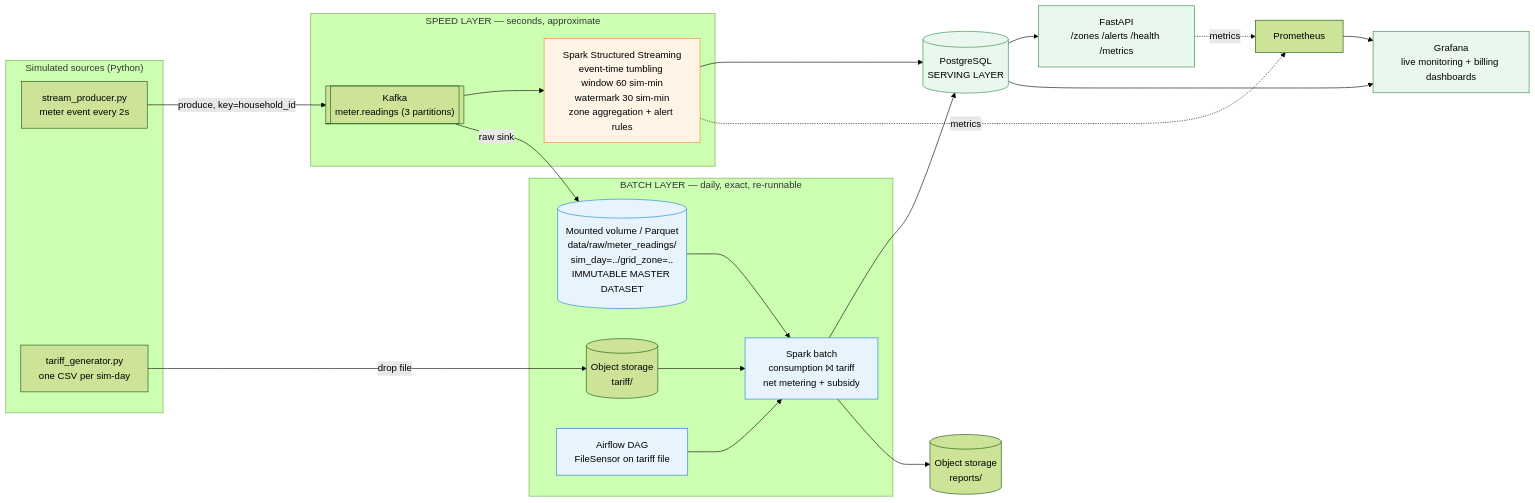
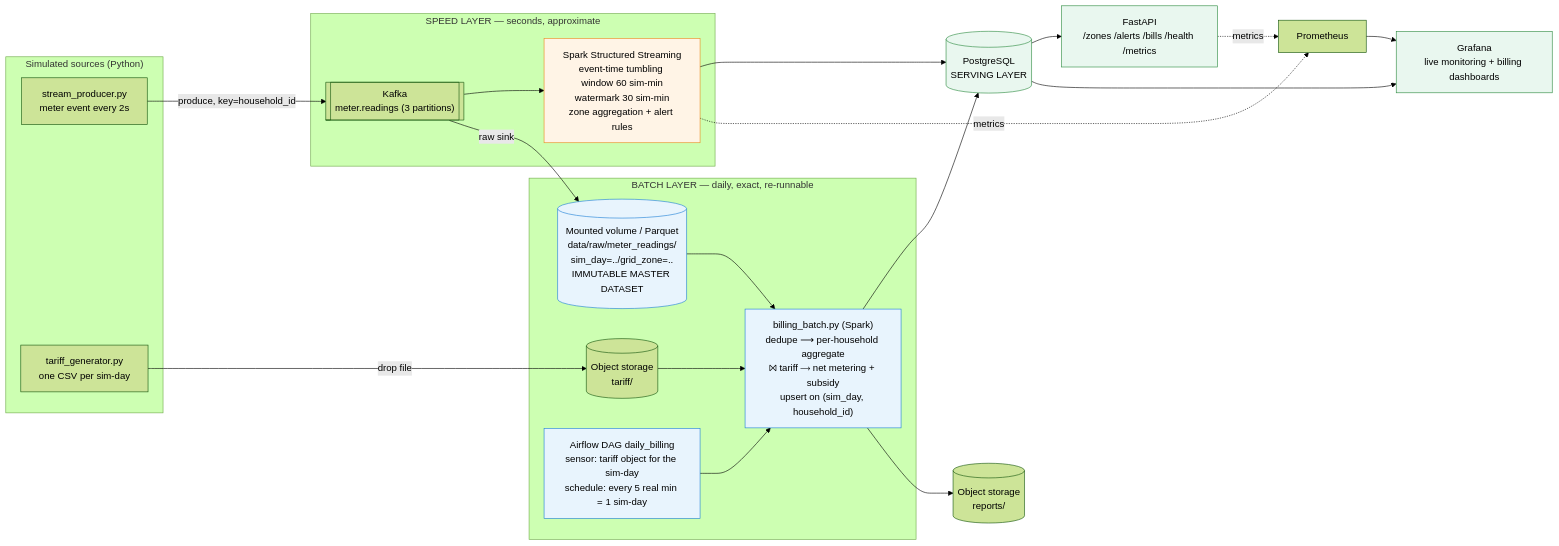
The first of 2 diagrams in docs/01-architecture-diagram.md (kanishkapg/Smart-Grid-Energy), drawn with Mermaid (forest theme) before and after one commit. The commit also changed other lines of this file and 15 other files, not shown here.

Commit message:
completed net metering and subsidy formula for writing daily bill

````diff
--- a/docs/01-architecture-diagram.md
+++ b/docs/01-architecture-diagram.md
@@ -5,38 +5,38 @@
 ```mermaid
 flowchart LR
   subgraph SRC["Simulated sources (Python)"]
     S["stream_producer.py<br/>meter event every 2s"]
     B["tariff_generator.py<br/>one CSV per sim-day"]
   end
 
   S -->|"produce, key=household_id"| K[["Kafka<br/>meter.readings (3 partitions)"]]
   B -->|"drop file"| M[("Object storage<br/>tariff/")]
 
   subgraph SPEED["SPEED LAYER — seconds, approximate"]
     K --> SS["Spark Structured Streaming<br/>event-time tumbling window 60 sim-min<br/>watermark 30 sim-min<br/>zone aggregation + alert rules"]
   end
 
   subgraph BATCH["BATCH LAYER — daily, exact, re-runnable"]
     K -->|"raw sink"| RAW[("Mounted volume / Parquet<br/>data/raw/meter_readings/<br/>sim_day=../grid_zone=..<br/>IMMUTABLE MASTER DATASET")]
-    AF["Airflow DAG<br/>FileSensor on tariff file"] --> BJ
-    RAW --> BJ["Spark batch<br/>consumption ⨝ tariff<br/>net metering + subsidy"]
+    AF["Airflow DAG daily_billing<br/>sensor: tariff object for the sim-day<br/>schedule: every 5 real min = 1 sim-day"] --> BJ
+    RAW --> BJ["billing_batch.py (Spark)<br/>dedupe ⟶ per-household aggregate<br/>⨝ tariff ⟶ net metering + subsidy<br/>upsert on (sim_day, household_id)"]
     M --> BJ
   end
 
   SS --> PG[("PostgreSQL<br/>SERVING LAYER")]
   BJ --> PG
   BJ --> RPT[("Object storage<br/>reports/")]
 
-  PG --> API["FastAPI<br/>/zones /alerts /health /metrics"]
+  PG --> API["FastAPI<br/>/zones /alerts /bills /health /metrics"]
   PG --> G["Grafana<br/>live monitoring + billing dashboards"]
   SS -. "metrics" .-> P["Prometheus"]
   API -. "metrics" .-> P
   P --> G
 
   classDef speed fill:#fff4e6,stroke:#e8891c
   classDef batch fill:#e8f4fd,stroke:#1c7ed6
   classDef serve fill:#e9f7ef,stroke:#2b8a3e
   class SS speed
   class RAW,BJ,AF batch
   class PG,API,G serve
 ```
````
